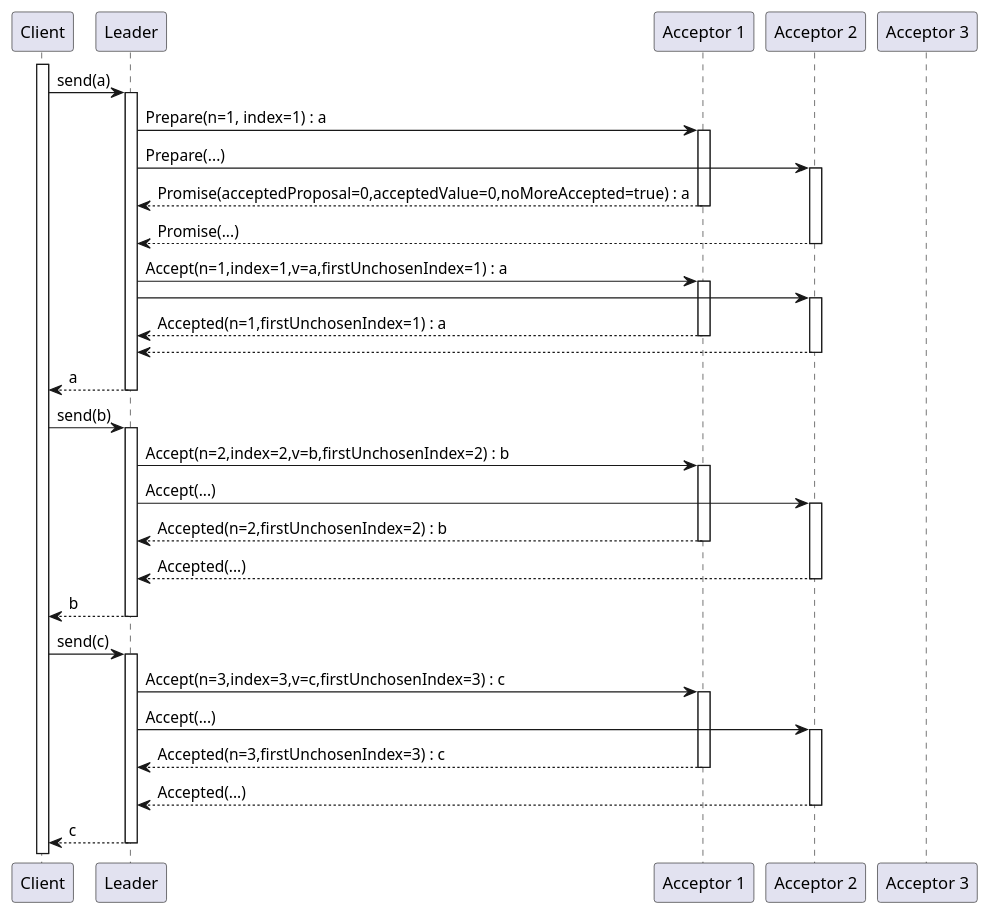
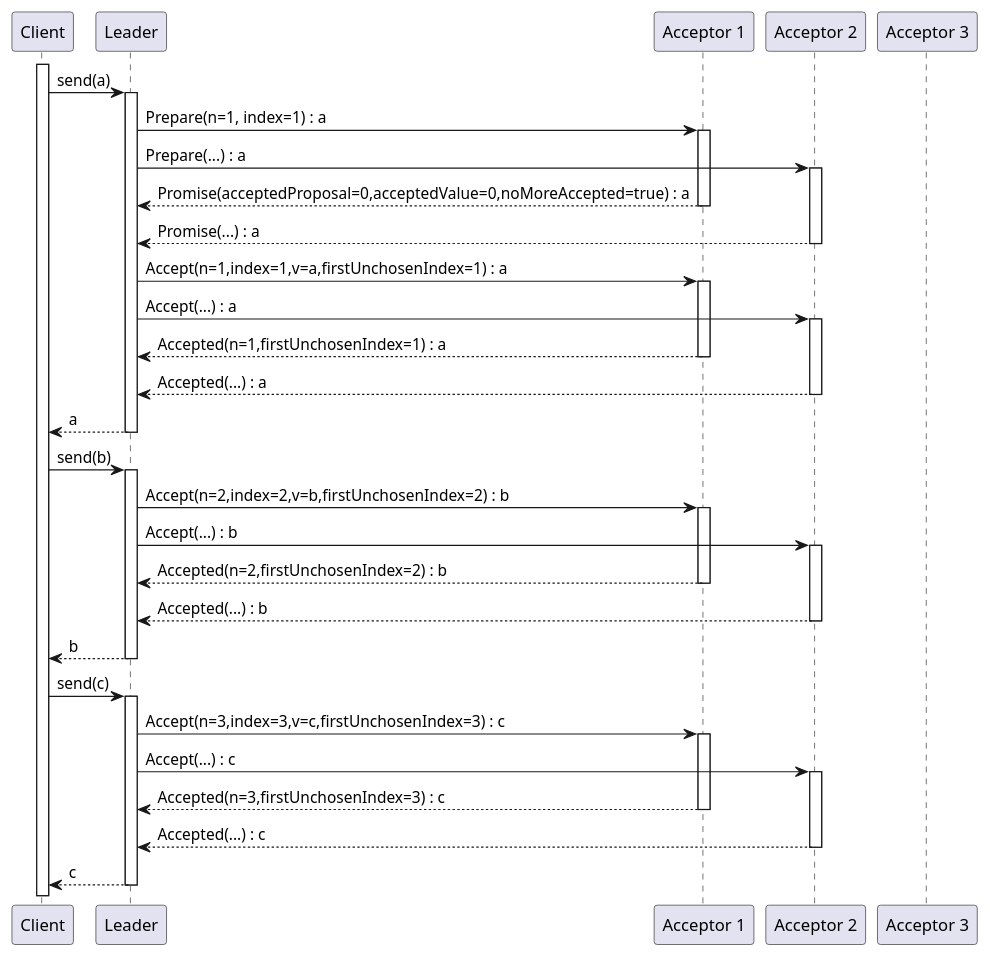
The diagram in src/pages/posts/distribution-paxos-multi.adoc (nocnob/notfound), drawn with PlantUML before and after one commit. The commit also changed other lines of this file, not shown here.

```diff
--- a/src/pages/posts/distribution-paxos-multi.adoc
+++ b/src/pages/posts/distribution-paxos-multi.adoc
@@ -15,60 +15,60 @@
 [source,plantuml]
 ----
 @startuml
 participant Client as c
 participant "Leader" as l
 participant "Acceptor 1" as a1
 participant "Acceptor 2" as a2
 participant "Acceptor 3" as a3
 
 activate c
 c -> l : send(a)
 activate l
     l -> a1 : Prepare(n=1, index=1) : a
     activate a1
-    l -> a2 : Prepare(...)
+    l -> a2 : Prepare(...) : a
     activate a2
     l <-- a1 : Promise(acceptedProposal=0,acceptedValue=0,noMoreAccepted=true) : a
     deactivate a1
-    l <-- a2 : Promise(...)
+    l <-- a2 : Promise(...) : a
     deactivate a2
 
     l -> a1 : Accept(n=1,index=1,v=a,firstUnchosenIndex=1) : a
     activate a1
-    l -> a2
+    l -> a2 : Accept(...) : a
     activate a2
     l <-- a1 : Accepted(n=1,firstUnchosenIndex=1) : a
     deactivate a1
-    l <-- a2
+    l <-- a2 : Accepted(...) : a
     deactivate a2
 c <-- l : a
 deactivate l
 
 c -> l : send(b)
 activate l
     l -> a1 : Accept(n=2,index=2,v=b,firstUnchosenIndex=2) : b
     activate a1
-    l -> a2 : Accept(...)
+    l -> a2 : Accept(...) : b
     activate a2
     l <-- a1 : Accepted(n=2,firstUnchosenIndex=2) : b
     deactivate a1
-    l <-- a2 : Accepted(...)
+    l <-- a2 : Accepted(...) : b
     deactivate a2
 c <-- l : b
 deactivate l
 
 
 c -> l : send(c)
 activate l
     l -> a1 : Accept(n=3,index=3,v=c,firstUnchosenIndex=3) : c
     activate a1
-    l -> a2 : Accept(...)
+    l -> a2 : Accept(...) : c
     activate a2
     l <-- a1 : Accepted(n=3,firstUnchosenIndex=3) : c
     deactivate a1
-    l <-- a2 : Accepted(...)
+    l <-- a2 : Accepted(...) : c
     deactivate a2
 c <-- l : c
 deactivate l
 @enduml
 ----
```
